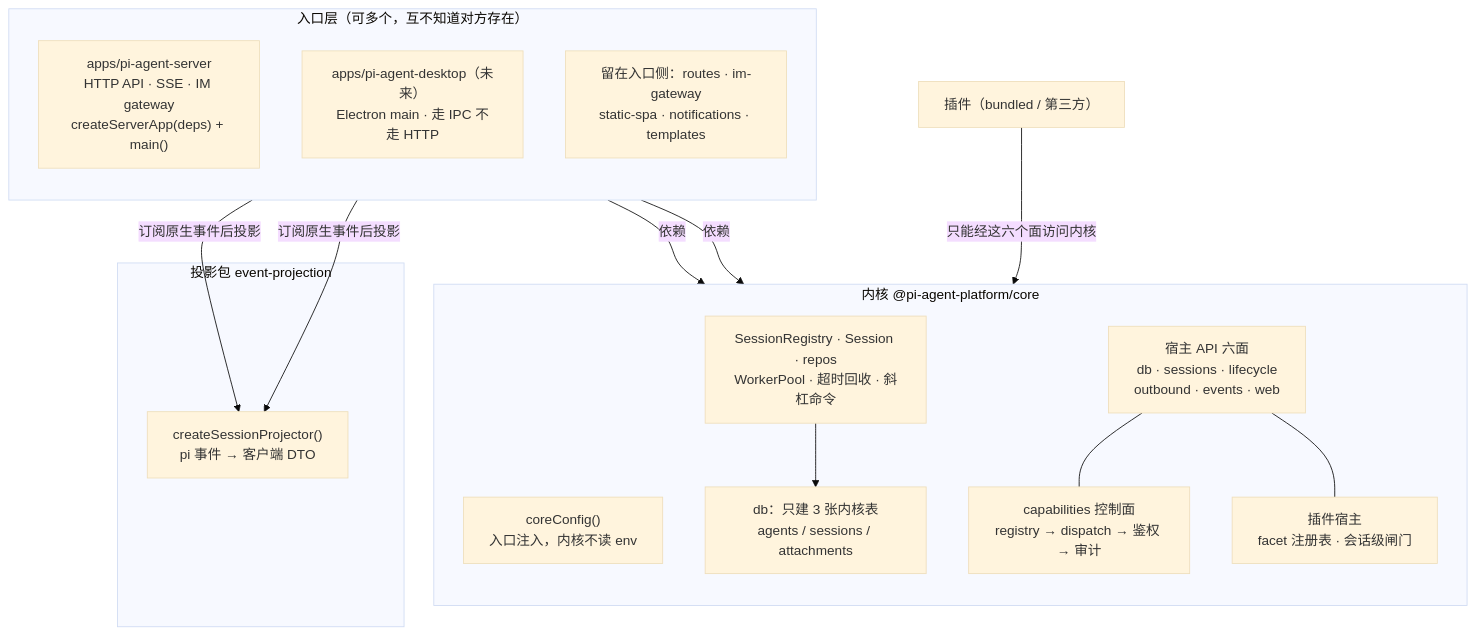
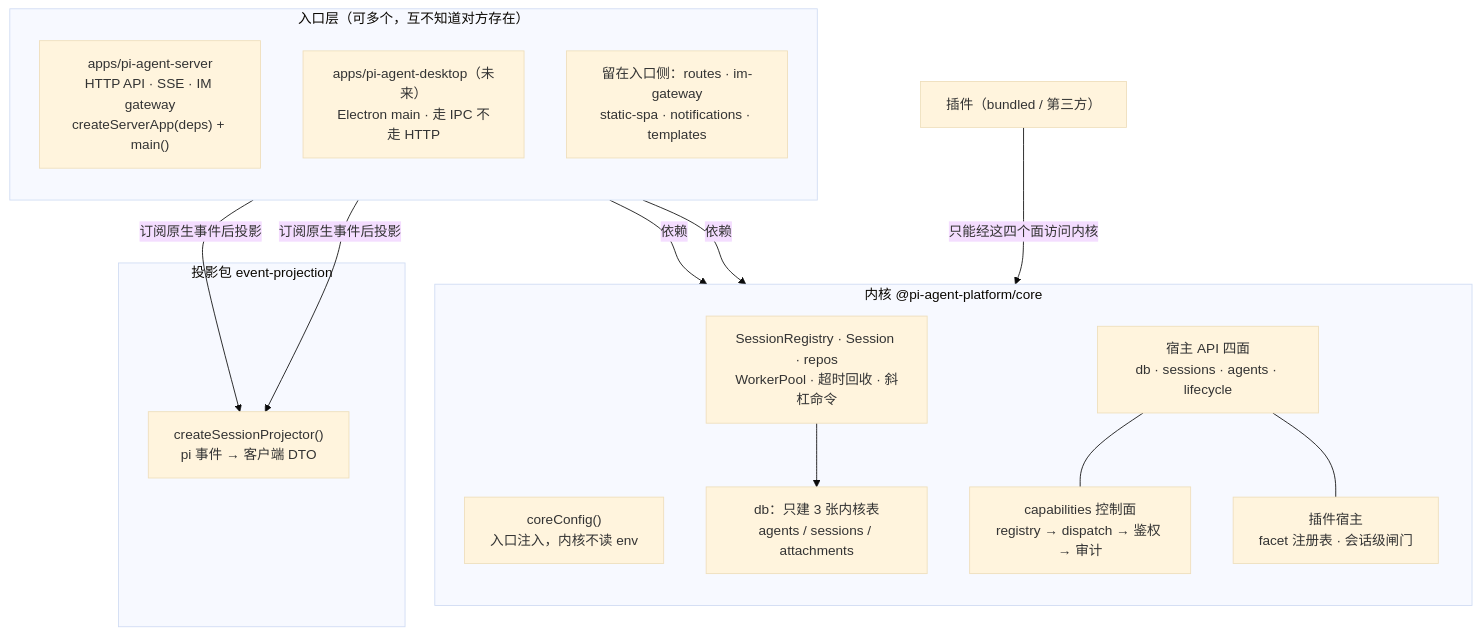
The diagram in doc/architecture/pi-agent-server_core-sdk.md (shinexsf/pi-agent-platform), drawn with Mermaid (base theme) before and after one commit. The commit also changed other lines of this file and 7 other files, not shown here.

First line of the commit message:
docs(architecture): 插件体系 v2 文档 —— 运行期重写 + 作者契约 + v1 标注

````diff
--- a/doc/architecture/pi-agent-server_core-sdk.md
+++ b/doc/architecture/pi-agent-server_core-sdk.md
@@ -15,34 +15,34 @@
 ```mermaid
 flowchart TB
     subgraph Entries["入口层（可多个，互不知道对方存在）"]
         direction TB
         E1["apps/pi-agent-server<br/>HTTP API · SSE · IM gateway<br/>createServerApp(deps) + main()"]
         E2["apps/pi-agent-desktop（未来）<br/>Electron main · 走 IPC 不走 HTTP"]
         S1["留在入口侧：routes · im-gateway<br/>static-spa · notifications · templates"]
     end
 
     subgraph CoreBox["内核 @pi-agent-platform/core"]
         direction TB
         K5["coreConfig()<br/>入口注入，内核不读 env"]
         K2["SessionRegistry · Session · repos<br/>WorkerPool · 超时回收 · 斜杠命令"]
         K1["db：只建 3 张内核表<br/>agents / sessions / attachments"]
-        K6["宿主 API 六面<br/>db · sessions · lifecycle<br/>outbound · events · web"]
+        K6["宿主 API 四面<br/>db · sessions · agents · lifecycle"]
         K3["capabilities 控制面<br/>registry → dispatch → 鉴权 → 审计"]
         K4["插件宿主<br/>facet 注册表 · 会话级闸门"]
     end
 
     subgraph ProjBox["投影包 event-projection"]
         P1["createSessionProjector()<br/>pi 事件 → 客户端 DTO"]
     end
 
     PLG["插件（bundled / 第三方）"]
 
     E1 -->|"依赖"| K2
     E2 -->|"依赖"| K2
     E1 -->|"订阅原生事件后投影"| P1
     E2 -->|"订阅原生事件后投影"| P1
     K2 --> K1
     K6 --- K3
     K6 --- K4
-    PLG -->|"只能经这六个面访问内核"| K6
+    PLG -->|"只能经这四个面访问内核"| K6
 ```
````
